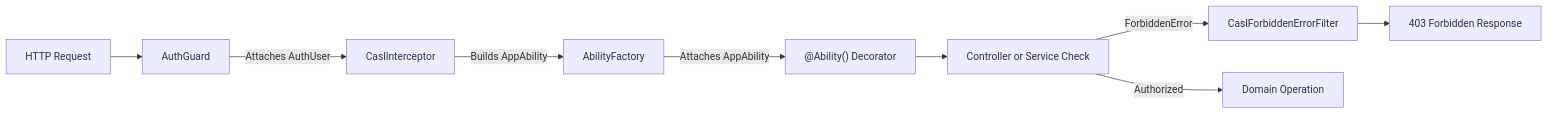
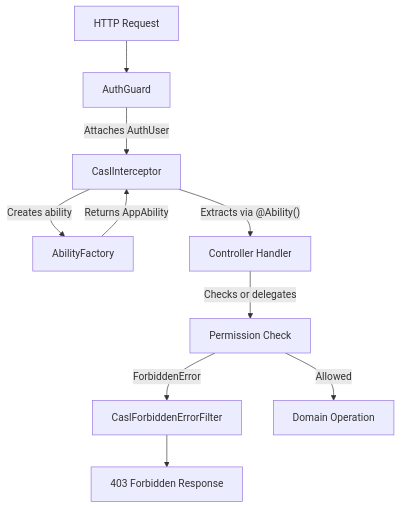
One commit to kewne/checklist-api-nestjs changed the diagram in docs/architecture/authorization.architecture.md. Above: the diagram before and after it, drawn with Mermaid. The commit also changed other lines of this file, not shown here.

````diff
--- a/docs/architecture/authorization.architecture.md
+++ b/docs/architecture/authorization.architecture.md
@@ -13,11 +13,12 @@
 ```mermaid
-flowchart LR
+flowchart TD
     Req[HTTP Request] --> Guard[AuthGuard]
     Guard -->|Attaches AuthUser| Interceptor[CaslInterceptor]
-    Interceptor -->|Builds AppAbility| Factory[AbilityFactory]
-    Factory -->|Attaches AppAbility| Decorator["@Ability() Decorator"]
-    Decorator --> Check[Controller or Service Check]
+    Interceptor -->|Creates ability| Factory[AbilityFactory]
+    Factory -->|Returns AppAbility| Interceptor
+    Interceptor -->|"Extracts via @Ability()"| Handler[Controller Handler]
+    Handler -->|Checks or delegates| Check[Permission Check]
     Check -->|ForbiddenError| Filter[CaslForbiddenErrorFilter]
     Filter --> Resp403[403 Forbidden Response]
-    Check -->|Authorized| Handler[Domain Operation]
+    Check -->|Allowed| Operation[Domain Operation]
 ```
````
